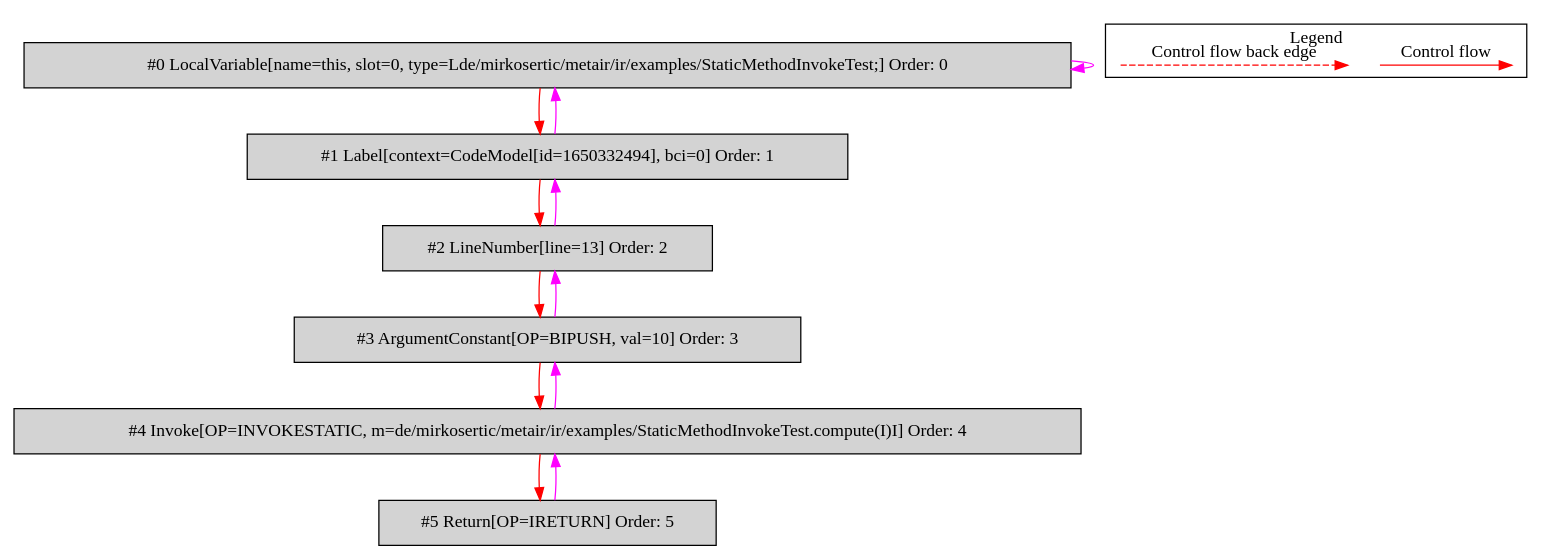
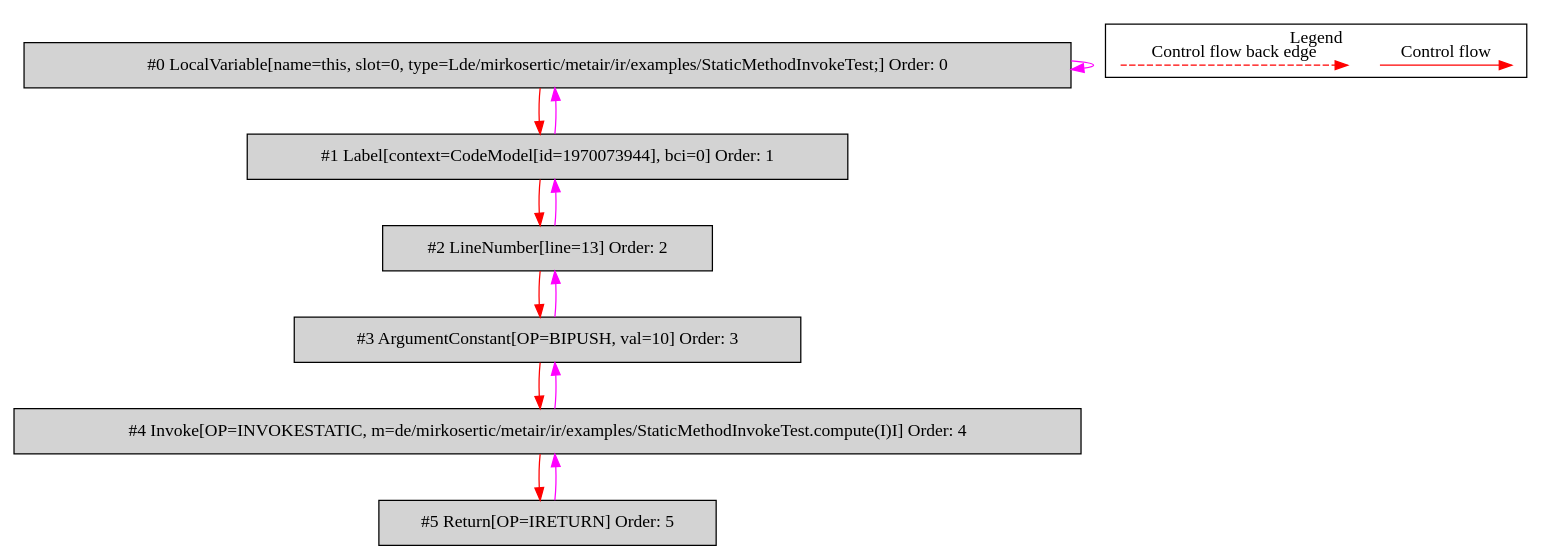
Before and after one commit to mirkosertic/MetaIR: the diagram in de.mirkosertic.metair.ir.examples.StaticMethodInvokeTest/staticInvocationInMember/bytecodecfg.dot, drawn with Graphviz. The commit also changed 1368 other files, not shown here.

```diff
--- a/de.mirkosertic.metair.ir.examples.StaticMethodInvokeTest/staticInvocationInMember/bytecodecfg.dot
+++ b/de.mirkosertic.metair.ir.examples.StaticMethodInvokeTest/staticInvocationInMember/bytecodecfg.dot
@@ -1,34 +1,34 @@
 digraph {
  ordering="in";
  node0[label="#0 LocalVariable[name=this, slot=0, type=Lde/mirkosertic/metair/ir/examples/StaticMethodInvokeTest;] Order: 0", shape=box, fillcolor=lightgrey, style=filled];
- node1[label="#1 Label[context=CodeModel[id=1650332494], bci=0] Order: 1", shape=box, fillcolor=lightgrey, style=filled];
+ node1[label="#1 Label[context=CodeModel[id=1970073944], bci=0] Order: 1", shape=box, fillcolor=lightgrey, style=filled];
  node2[label="#2 LineNumber[line=13] Order: 2", shape=box, fillcolor=lightgrey, style=filled];
  node3[label="#3 ArgumentConstant[OP=BIPUSH, val=10] Order: 3", shape=box, fillcolor=lightgrey, style=filled];
  node4[label="#4 Invoke[OP=INVOKESTATIC, m=de/mirkosertic/metair/ir/examples/StaticMethodInvokeTest.compute(I)I] Order: 4", shape=box, fillcolor=lightgrey, style=filled];
  node5[label="#5 Return[OP=IRETURN] Order: 5", shape=box, fillcolor=lightgrey, style=filled];
  node0 -> node0[color=fuchsia];
  node0 -> node1[color=red];
  node1 -> node0[color=fuchsia];
  node1 -> node2[color=red];
  node2 -> node1[color=fuchsia];
  node2 -> node3[color=red];
  node3 -> node2[color=fuchsia];
  node3 -> node4[color=red];
  node4 -> node3[color=fuchsia];
  node4 -> node5[color=red];
  node5 -> node4[color=fuchsia];
  subgraph cluster_000 {
   label = "Legend";
   node [shape=point]
   {
    rank=same;
    c0 [style = invis];
    c1 [style = invis];
    c2 [style = invis];
    c3 [style = invis];
   }
   c0 -> c1 [label="Control flow", style=solid, color=red]
   c2 -> c3 [label="Control flow back edge", style=dashed, color=red]
  }
 
 }
```
